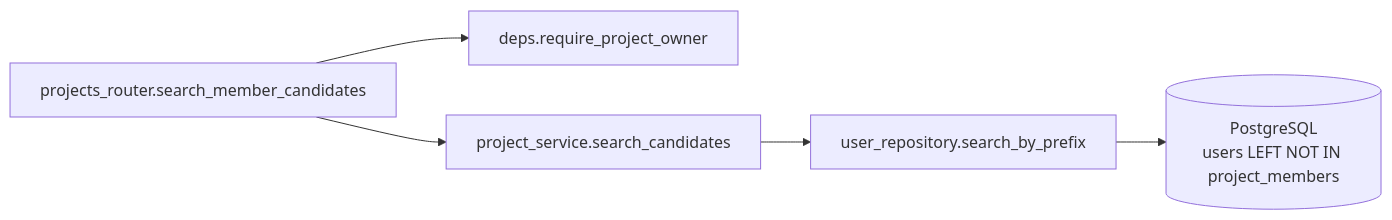
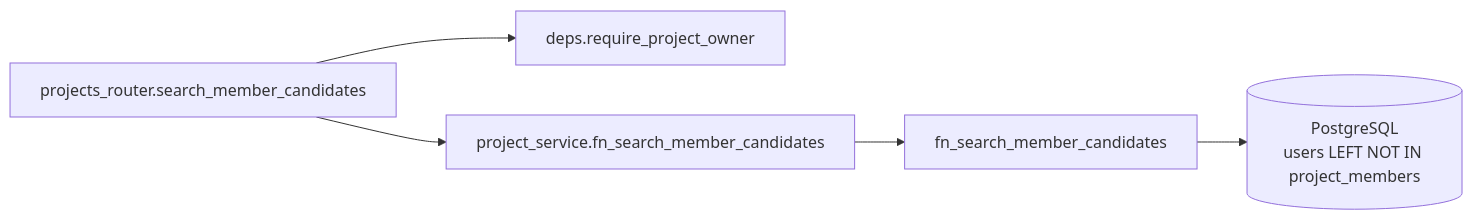
One commit to oikawa-d/task_management changed the third of 4 diagrams in detailed_design/api/projects/08_get_project_member_candidates.md. Above: the diagram before and after it, drawn with Mermaid. The commit also changed other lines of this file and 58 other files, not shown here.

````diff
--- a/detailed_design/api/projects/08_get_project_member_candidates.md
+++ b/detailed_design/api/projects/08_get_project_member_candidates.md
@@ -162,7 +162,7 @@
 ```mermaid
 flowchart LR
     R["projects_router.search_member_candidates"] --> D["deps.require_project_owner"]
-    R --> S["project_service.search_candidates"]
-    S --> UR["user_repository.search_by_prefix"]
+    R --> S["project_service.fn_search_member_candidates"]
+    S --> UR["fn_search_member_candidates"]
     UR --> PG[("PostgreSQL<br/>users LEFT NOT IN project_members")]
 ```
````
